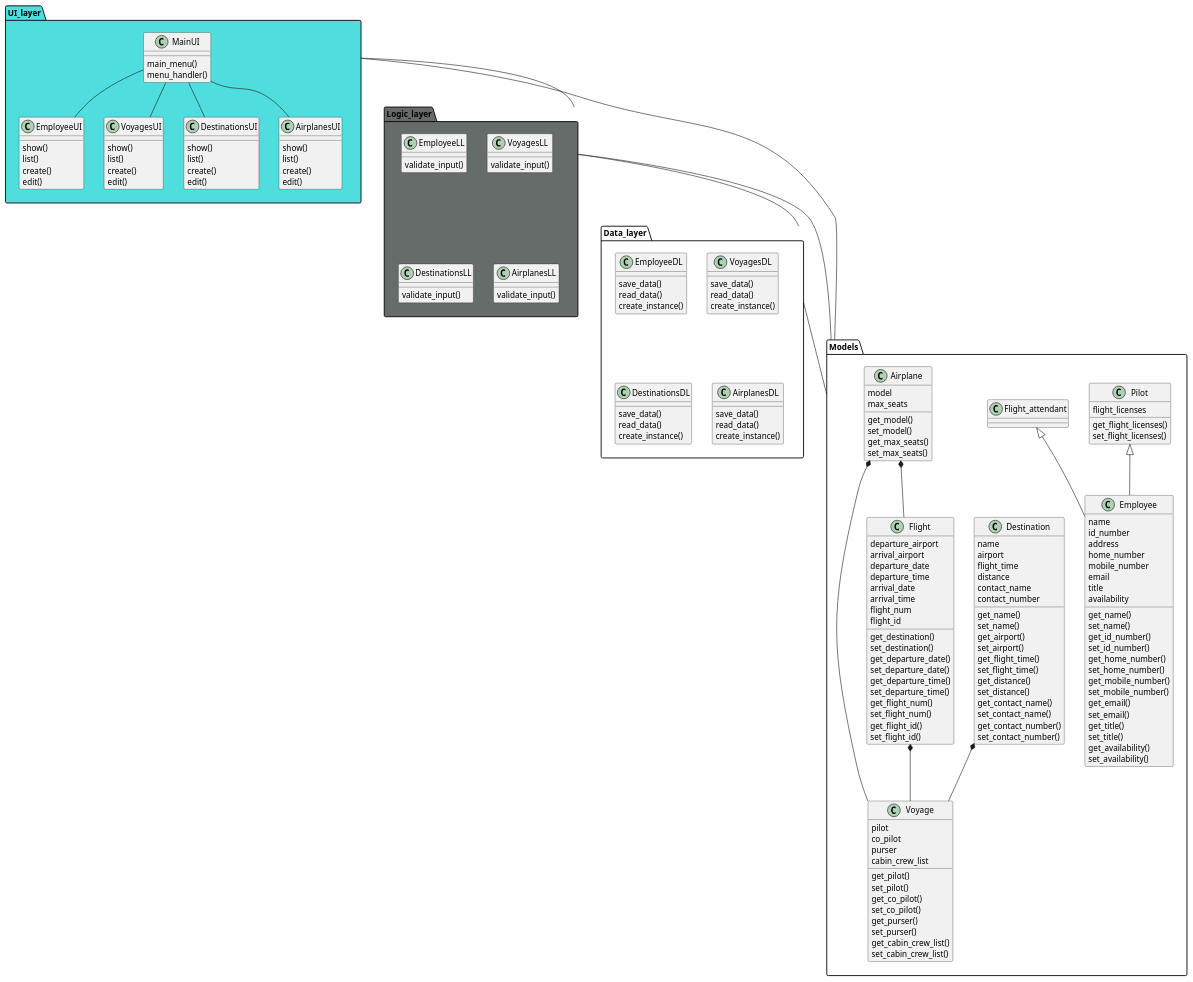
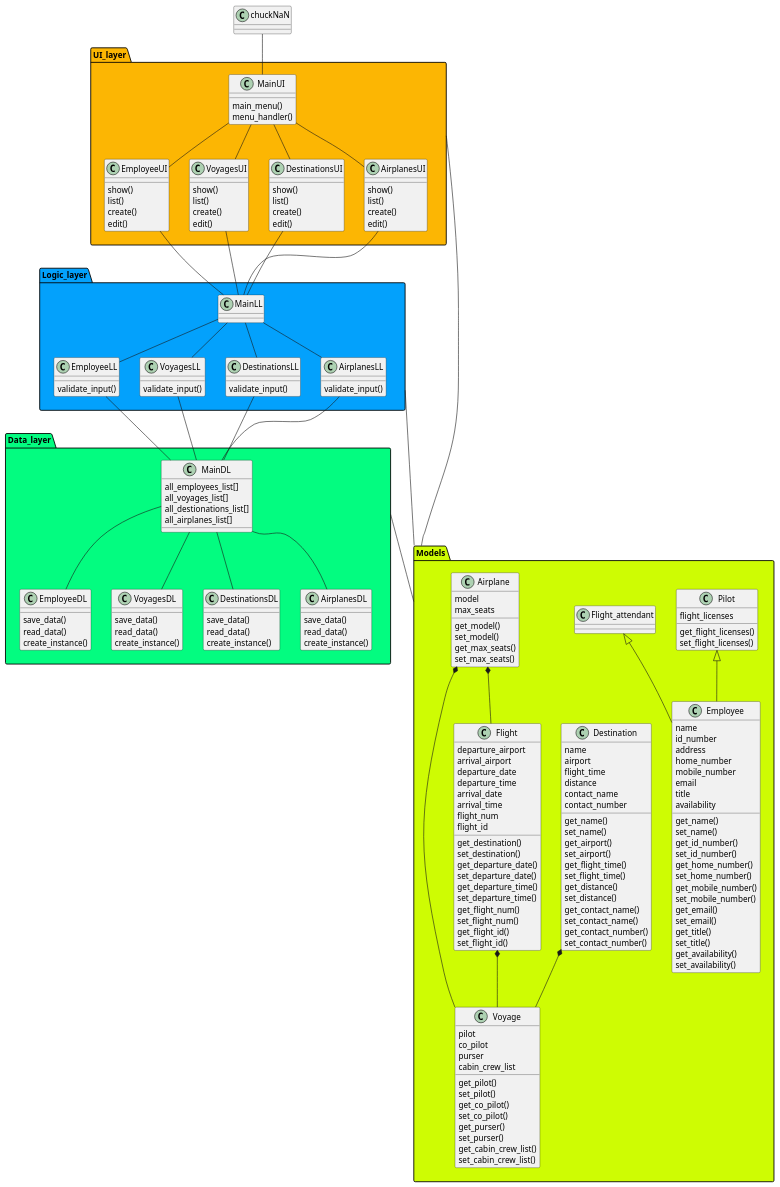
One commit to irmalexandra/vln1_chuck_nan changed the diagram in ClassDiagram.puml. Above: the diagram before and after it, drawn with PlantUML.

```diff
--- a/ClassDiagram.puml
+++ b/ClassDiagram.puml
@@ -1,6 +1,12 @@
 @startuml NaNAirlines
 
-package UI_layer #4FDEDD {
+class chuckNaN{
+
+}
+
+package UI_layer #fcb603 {
+ 
+  chuckNaN -down- MainUI
   class MainUI{
     main_menu()
     menu_handler()
@@ -36,7 +42,11 @@
   MainUI -- AirplanesUI
 }
 
-package Logic_layer #666C69 {
+package Logic_layer #03a1fc {
+
+  class MainLL{
+
+  }
 
   class EmployeeLL{
     validate_input()
@@ -55,9 +65,22 @@
     
   }
 
+  MainLL -- EmployeeLL
+  MainLL -- VoyagesLL
+  MainLL -- DestinationsLL
+  MainLL -- AirplanesLL
+
 }
 
-package Data_layer{
+package Data_layer #03fc80{
+
+  class MainDL{
+    all_employees_list[]
+    all_voyages_list[]
+    all_destionations_list[]
+    all_airplanes_list[]
+
+  }
 
   class EmployeeDL{
     save_data()
@@ -82,12 +105,30 @@
     create_instance()
     
   }
+
+  MainDL -- EmployeeDL
+  MainDL -- VoyagesDL
+  MainDL -- DestinationsDL
+  MainDL -- AirplanesDL
   
 }
 
+EmployeeUI -down- MainLL
+VoyagesUI -down- MainLL
+AirplanesUI -down- MainLL
+DestinationsUI -down- MainLL
+
+EmployeeLL -down- MainDL
+VoyagesLL -down- MainDL
+DestinationsLL -down- MainDL
+AirplanesLL -down- MainDL
 
 
-package Models{
+
+
+
+
+package Models #cefc03{
 
 
 class Employee {
@@ -207,10 +248,6 @@
 }
 
 
-
-UI_layer -down- Logic_layer
-Logic_layer -down- Data_layer
-
 UI_layer -- Models
 Logic_layer -- Models
 Data_layer -- Models
```
